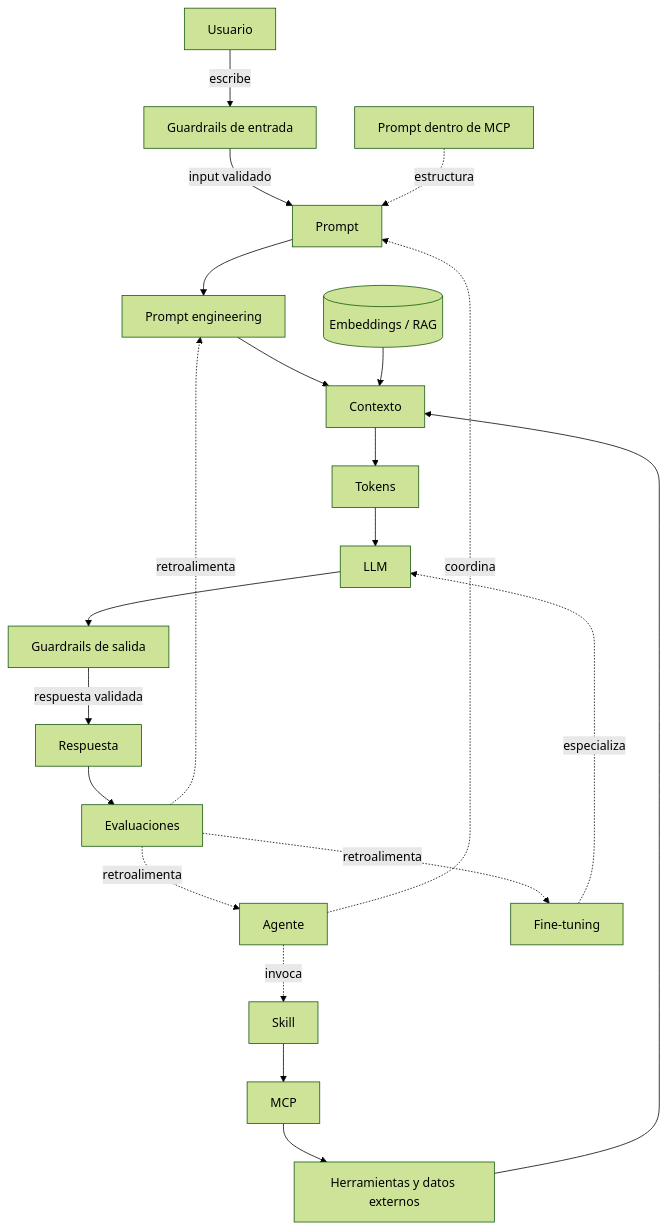
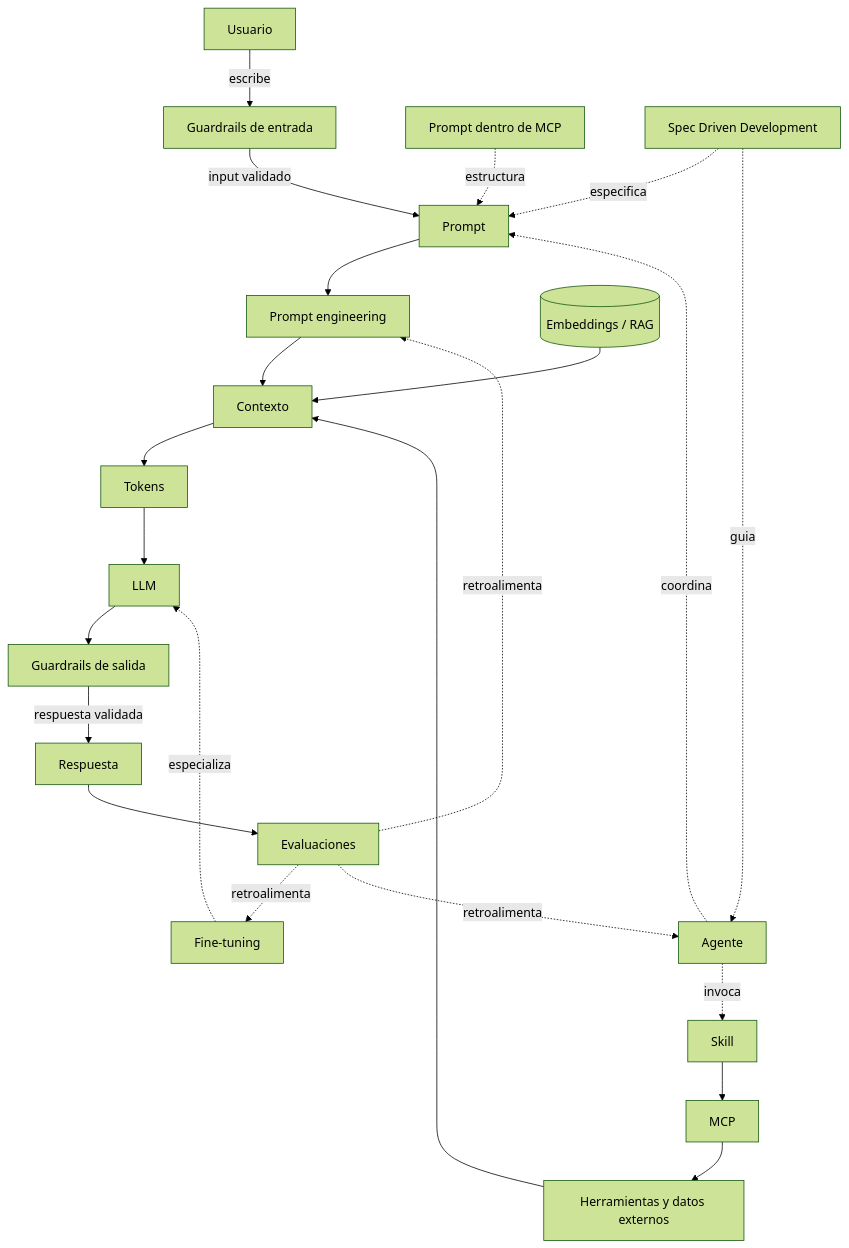
Before and after one commit to jjrosalesuci/ia: the diagram in Conceptos/00-indice.md, drawn with Mermaid (forest theme). The commit also changed other lines of this file and 1 other file, not shown here.

First line of the commit message:
Add Spec Driven Development chapter (16-sdd.md) and update index

````diff
--- a/Conceptos/00-indice.md
+++ b/Conceptos/00-indice.md
@@ -58,23 +60,25 @@
 ```mermaid
 flowchart TD
     U[Usuario] -->|escribe| GI[Guardrails de entrada]
     GI -->|input validado| P[Prompt]
     P --> PE[Prompt engineering]
     PE --> CTX[Contexto]
     EMB[(Embeddings / RAG)] --> CTX
     CTX --> TOK[Tokens]
     TOK --> LLM[LLM]
     LLM --> GO[Guardrails de salida]
     GO -->|respuesta validada| RESP[Respuesta]
     AG[Agente] -.coordina.-> P
     AG -.invoca.-> SK[Skill]
     SK --> MCP[MCP]
     MCP --> TOOLS[Herramientas y datos externos]
     TOOLS --> CTX
     FT[Fine-tuning] -.especializa.-> LLM
     PMCP[Prompt dentro de MCP] -.estructura.-> P
     RESP --> EVAL[Evaluaciones]
     EVAL -.retroalimenta.-> PE
     EVAL -.retroalimenta.-> FT
     EVAL -.retroalimenta.-> AG
+    SDD[Spec Driven Development] -.especifica.-> P
+    SDD -.guia.-> AG
 ```
````
